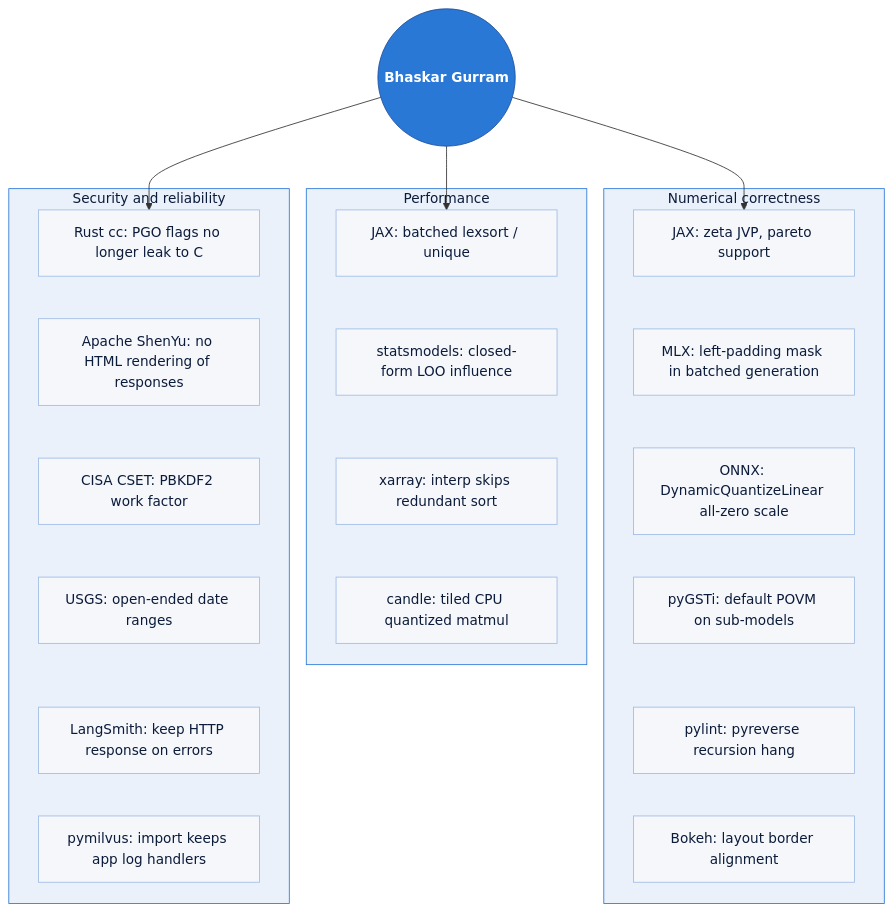
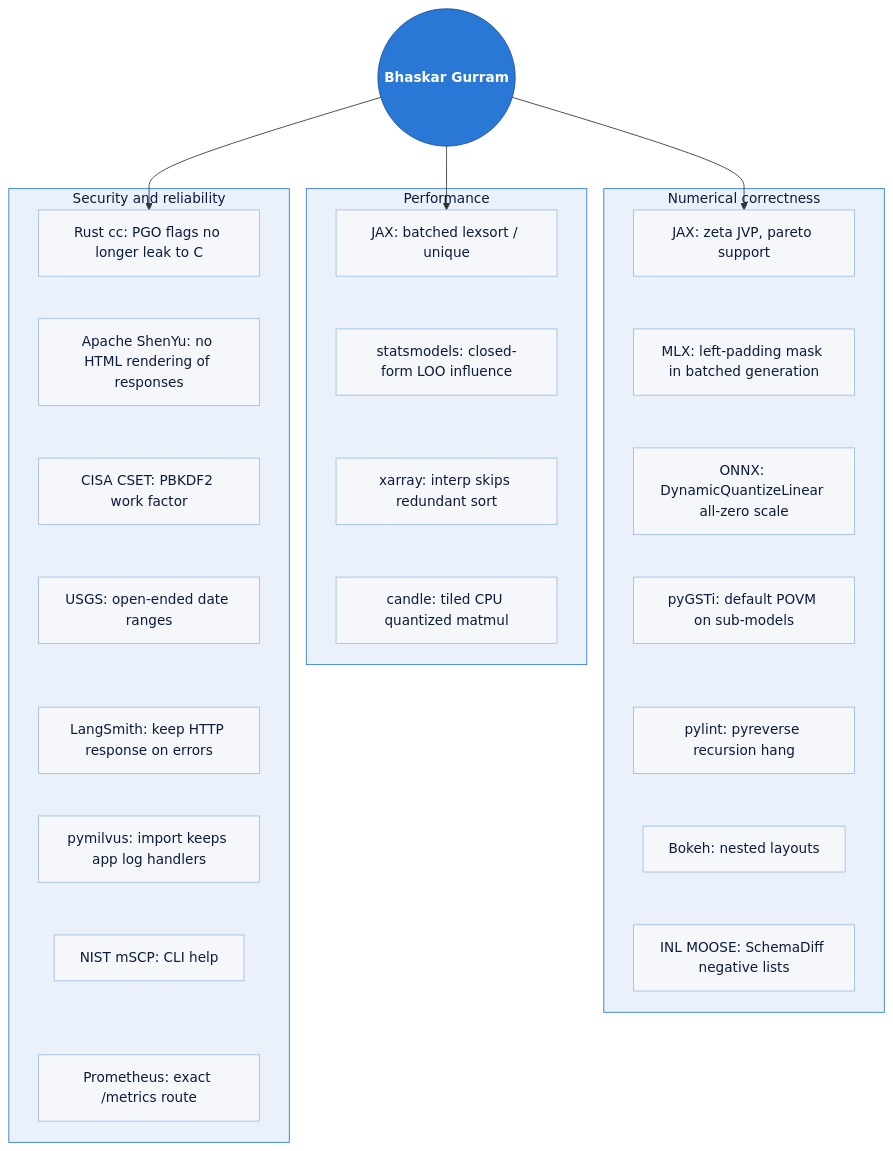
The diagram in README.md (bhaskargurram-ai/bhaskargurram-ai), drawn with Mermaid before and after one commit. The commit also changed other lines of this file, not shown here.

````diff
--- a/README.md
+++ b/README.md
@@ -57,41 +57,44 @@
 ```mermaid
 flowchart TB
     me(("Bhaskar Gurram")):::me
     me --> jax1
     me --> jax2
     me --> cc
 
     subgraph perf["Performance"]
         jax1["JAX: batched lexsort / unique"]:::node
         sm["statsmodels: closed-form LOO influence"]:::node
         xr["xarray: interp skips redundant sort"]:::node
         candle["candle: tiled CPU quantized matmul"]:::node
         jax1 ~~~ sm ~~~ xr ~~~ candle
     end
 
     subgraph corr["Numerical correctness"]
         jax2["JAX: zeta JVP, pareto support"]:::node
         mlx["MLX: left-padding mask in batched generation"]:::node
         onnx["ONNX: DynamicQuantizeLinear all-zero scale"]:::node
         pygsti["pyGSTi: default POVM on sub-models"]:::node
         pylint["pylint: pyreverse recursion hang"]:::node
-        bokeh["Bokeh: layout border alignment"]:::node
-        jax2 ~~~ mlx ~~~ onnx ~~~ pygsti ~~~ pylint ~~~ bokeh
+        bokeh["Bokeh: nested layouts"]:::node
+        moose["INL MOOSE: SchemaDiff negative lists"]:::node
+        jax2 ~~~ mlx ~~~ onnx ~~~ pygsti ~~~ pylint ~~~ bokeh ~~~ moose
     end
 
     subgraph sec["Security and reliability"]
         cc["Rust cc: PGO flags no longer leak to C"]:::node
         shenyu["Apache ShenYu: no HTML rendering of responses"]:::node
         cset["CISA CSET: PBKDF2 work factor"]:::node
         usgs["USGS: open-ended date ranges"]:::node
         ls["LangSmith: keep HTTP response on errors"]:::node
         pym["pymilvus: import keeps app log handlers"]:::node
-        cc ~~~ shenyu ~~~ cset ~~~ usgs ~~~ ls ~~~ pym
+        nist["NIST mSCP: CLI help"]:::node
+        prom["Prometheus: exact /metrics route"]:::node
+        cc ~~~ shenyu ~~~ cset ~~~ usgs ~~~ ls ~~~ pym ~~~ nist ~~~ prom
     end
 
     classDef me fill:#2a78d6,stroke:#1f4e9c,color:#ffffff,font-weight:bold
     classDef node fill:#f5f7fb,stroke:#9fbce6,color:#0b1b3a
     style perf fill:#eaf1fb,stroke:#2a78d6,color:#0b1b3a
     style corr fill:#eaf1fb,stroke:#2a78d6,color:#0b1b3a
     style sec fill:#eaf1fb,stroke:#2a78d6,color:#0b1b3a
 ```
````
